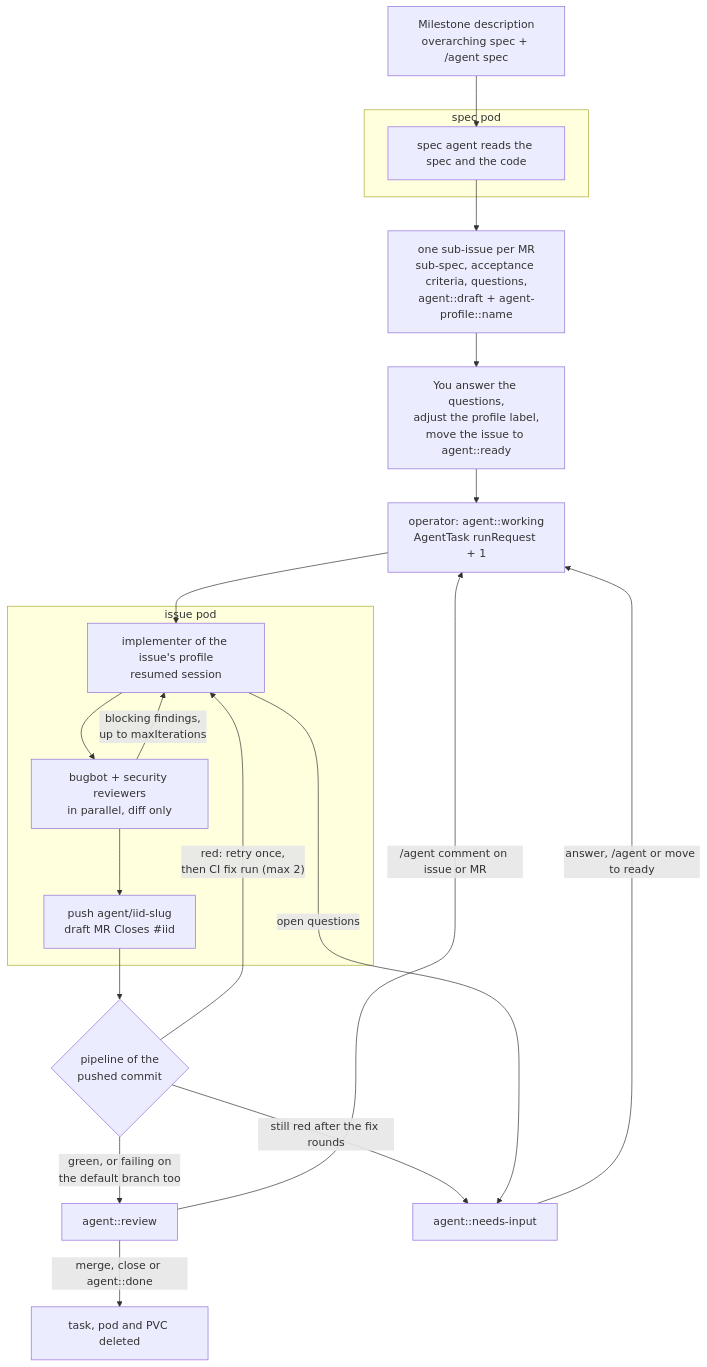
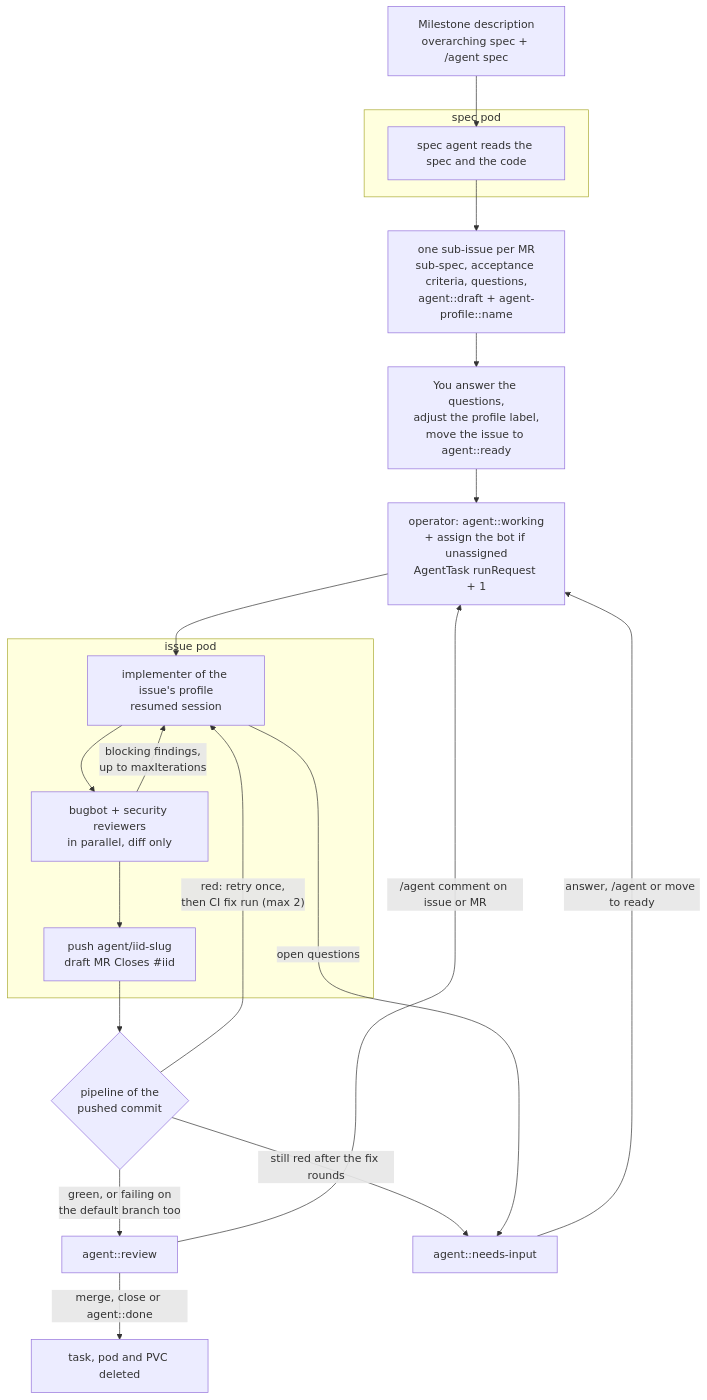
One commit to jonathanwiemers/ai-operator changed the second of 6 diagrams in docs/design.md. Above: the diagram before and after it, drawn with Mermaid. The commit also changed other lines of this file and 14 other files, not shown here.

First line of the commit message:
Assign the bot on pick-up and give agent MRs the issue's milestone (#13)

````diff
--- a/docs/design.md
+++ b/docs/design.md
@@ -61,30 +61,30 @@
 ```mermaid
 flowchart TD
     M["Milestone description<br/>overarching spec + /agent spec"] --> SP
 
     subgraph SPEC["spec pod"]
         SP["spec agent reads the spec and the code"]
     end
     SP --> SUB["one sub-issue per MR<br/>sub-spec, acceptance criteria, questions,<br/>agent::draft + agent-profile::name"]
 
     SUB --> H["You answer the questions,<br/>adjust the profile label,<br/>move the issue to agent::ready"]
-    H --> REQ["operator: agent::working<br/>AgentTask runRequest + 1"]
+    H --> REQ["operator: agent::working<br/>+ assign the bot if unassigned<br/>AgentTask runRequest + 1"]
 
     subgraph IMPL["issue pod"]
         IM["implementer of the issue's profile<br/>resumed session"]
         IM --> RV["bugbot + security reviewers<br/>in parallel, diff only"]
         RV -->|"blocking findings,<br/>up to maxIterations"| IM
         RV --> PUSH["push agent/iid-slug<br/>draft MR Closes #iid"]
     end
 
     REQ --> IM
     PUSH --> CI{"pipeline of the<br/>pushed commit"}
     CI -->|"red: retry once,<br/>then CI fix run (max 2)"| IM
     CI -->|"green, or failing on<br/>the default branch too"| REV["agent::review"]
     CI -->|"still red after the fix rounds"| NI["agent::needs-input"]
     IM -->|"open questions"| NI
 
     REV -->|"/agent comment on issue or MR"| REQ
     NI -->|"answer, /agent or move to ready"| REQ
     REV -->|"merge, close or agent::done"| DONE["task, pod and PVC deleted"]
 ```
````
